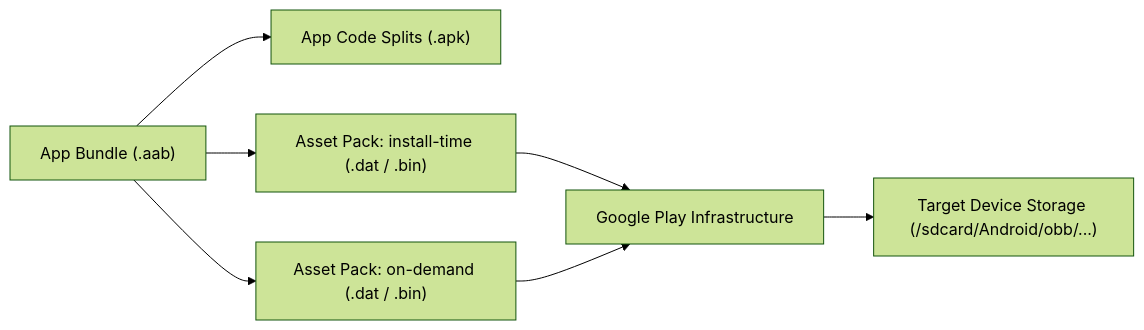
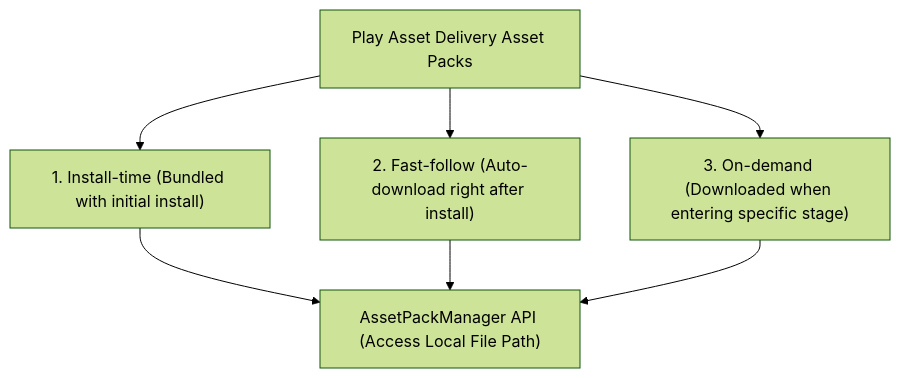
The diagram in 01_inbox/mobile/android/03_packaging_deployment/distribution/play-delivery-contracts/play-asset-delivery-delivers-large-asset-packs-not-code.md (youngmin-gwon/what-i-studied), drawn with Mermaid (forest theme) before and after one commit. The commit also changed other lines of this file and 134 other files, not shown here.

````diff
--- a/01_inbox/mobile/android/03_packaging_deployment/distribution/play-delivery-contracts/play-asset-delivery-delivers-large-asset-packs-not-code.md
+++ b/01_inbox/mobile/android/03_packaging_deployment/distribution/play-delivery-contracts/play-asset-delivery-delivers-large-asset-packs-not-code.md
@@ -22,10 +26,8 @@
 ```mermaid
-flowchart LR
-    AAB["App Bundle (.aab)"] --> CodeSplit["App Code Splits (.apk)"]
-    AAB --> AssetPack1["Asset Pack: install-time (.dat / .bin)"]
-    AAB --> AssetPack2["Asset Pack: on-demand (.dat / .bin)"]
+flowchart TD
+    PADPacks["Play Asset Delivery Asset Packs"] --> P1["1. Install-time (Bundled with initial install)"]
+    PADPacks --> P2["2. Fast-follow (Auto-download right after install)"]
+    PADPacks --> P3["3. On-demand (Downloaded when entering specific stage)"]
     
-    AssetPack1 --> PlayServer["Google Play Infrastructure"]
-    AssetPack2 --> PlayServer
-    PlayServer --> Device["Target Device Storage (/sdcard/Android/obb/...)"]
+    P1 & P2 & P3 --> AssetPackManager["AssetPackManager API (Access Local File Path)"]
 ```
````
